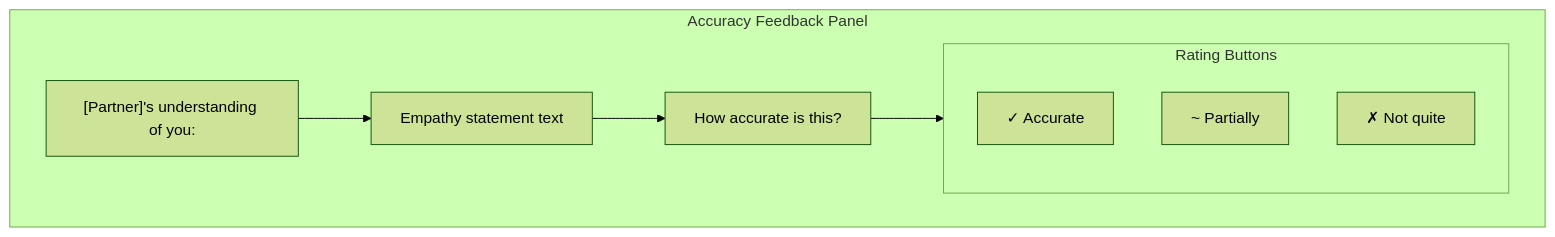
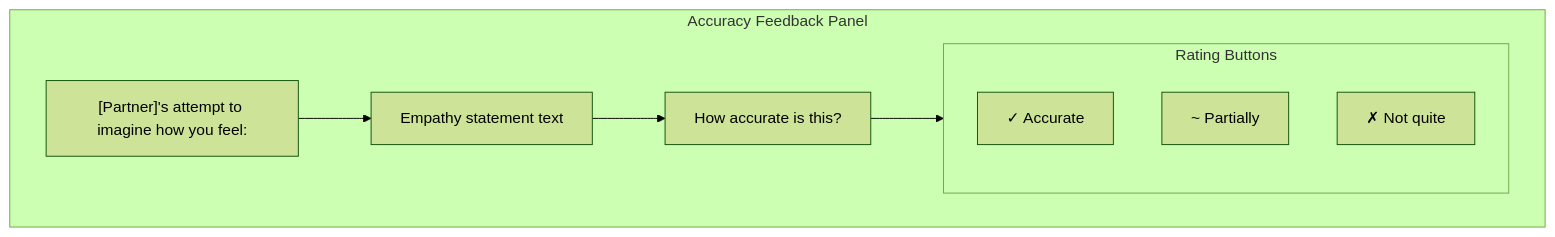
One commit to shantamg/meet-without-fear changed the second of 3 diagrams in docs/user-flows/accuracy-feedback-flow.md. Above: the diagram before and after it, drawn with Mermaid (forest theme). The commit also changed other lines of this file and 8 other files, not shown here.

First line of the commit message:
fix(copy): clarify empathy process is an attempt, not understanding

````diff
--- a/docs/user-flows/accuracy-feedback-flow.md
+++ b/docs/user-flows/accuracy-feedback-flow.md
@@ -60,16 +61,16 @@
 ```mermaid
 flowchart TB
     subgraph Panel["Accuracy Feedback Panel"]
-        Title["[Partner]'s understanding of you:"]
+        Title["[Partner]'s attempt to imagine how you feel:"]
         Statement["Empathy statement text"]
         Question["How accurate is this?"]
 
         subgraph Buttons["Rating Buttons"]
             Accurate["✓ Accurate"]
             Partial["~ Partially"]
             Inaccurate["✗ Not quite"]
         end
     end
 
     Title --> Statement --> Question --> Buttons
 ```
````
